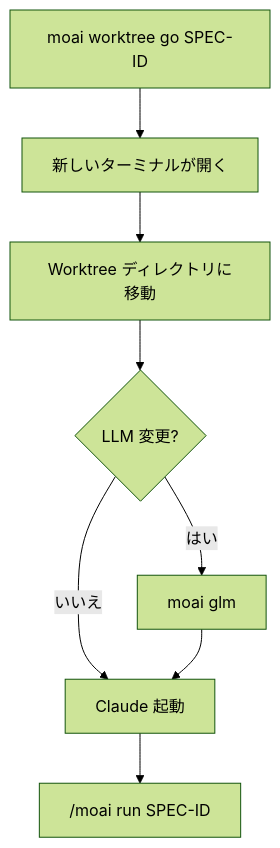
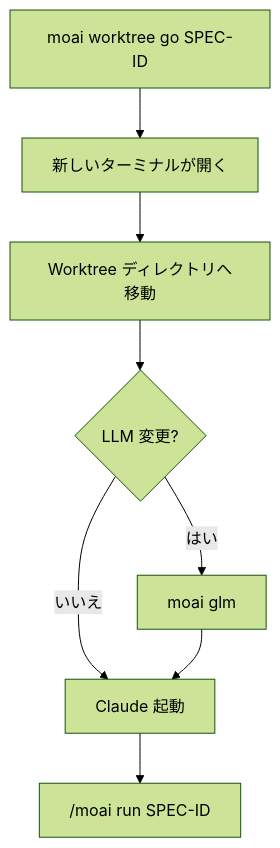
One commit to modu-ai/moai-adk changed the third of 9 diagrams in docs-site/content/ja/worktree/faq.md. Above: the diagram before and after it, drawn with Mermaid (forest theme). The commit also changed other lines of this file and 395 other files, not shown here.

````diff
--- a/docs-site/content/ja/worktree/faq.md
+++ b/docs-site/content/ja/worktree/faq.md
@@ -135,10 +136,10 @@
 ```mermaid
 flowchart TD
     A[moai worktree go SPEC-ID] --> B[新しいターミナルが開く]
-    B --> C[Worktree ディレクトリに移動]
+    B --> C[Worktree ディレクトリへ移動]
     C --> D{LLM 変更?}
     D -->|はい| E[moai glm]
     D -->|いいえ| F[Claude 起動]
     E --> F
     F --> G["/moai run SPEC-ID"]
 ```
````
